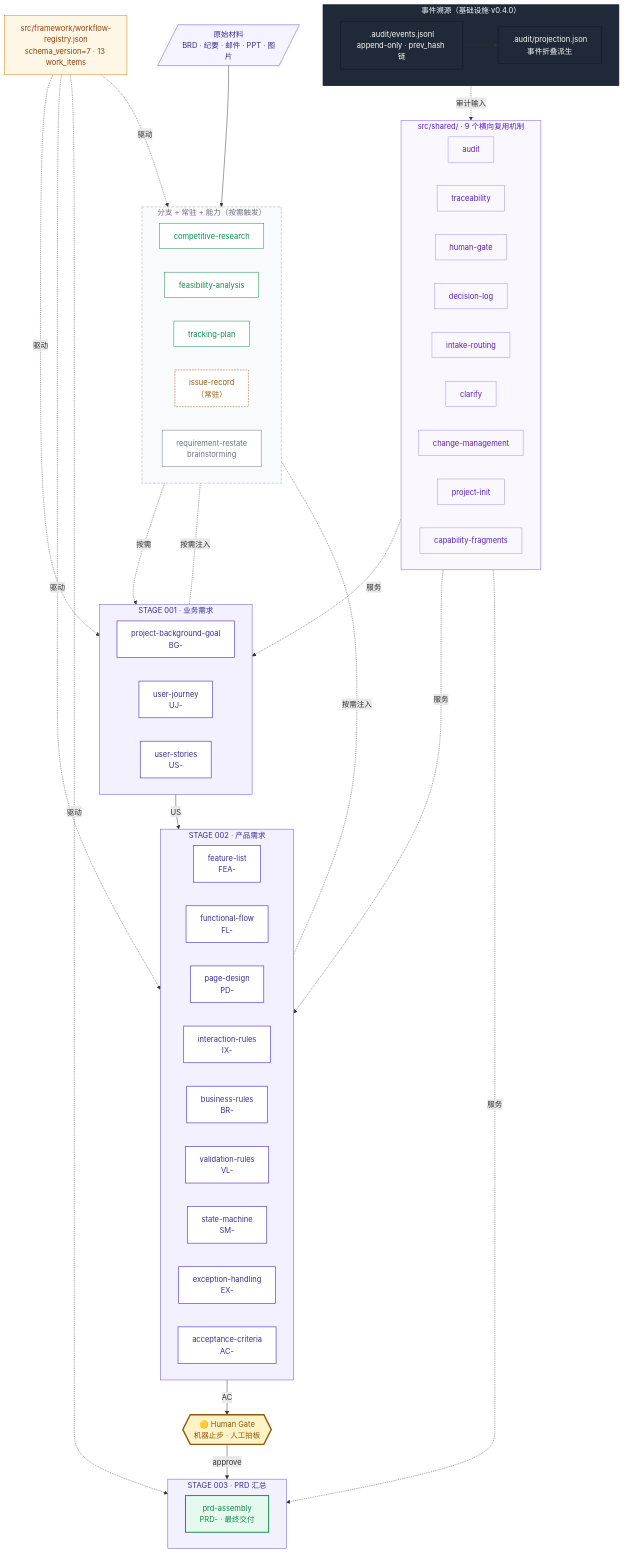
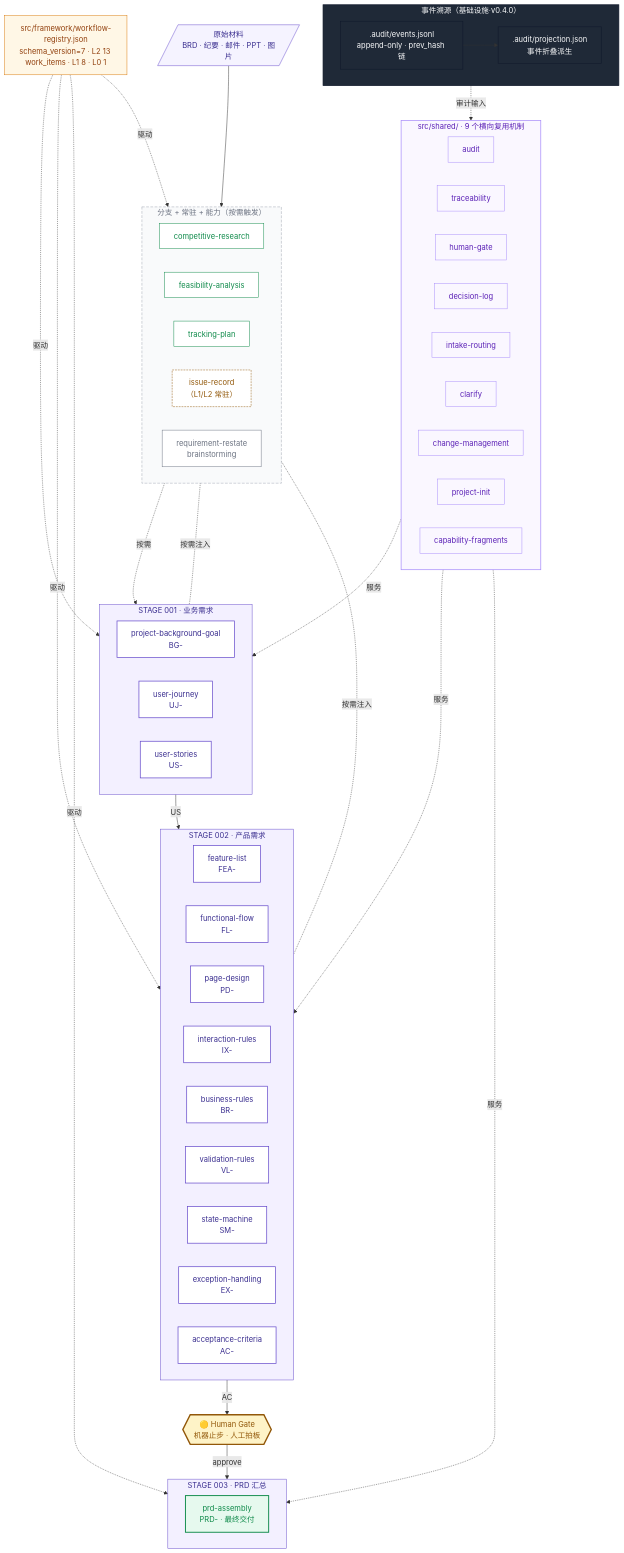
The first of 3 diagrams in README.md (konwait12/pm-scaffold), drawn with Mermaid before and after one commit. The commit also changed other lines of this file and 139 other files, not shown here.

```diff
--- a/README.md
+++ b/README.md
@@ -211,7 +215,7 @@
     IN[/"原始材料<br/>BRD · 纪要 · 邮件 · PPT · 图片"/]:::input
 
     %% 注册表（唯一真相源）
-    REG["src/framework/workflow-registry.json<br/>schema_version=7 · 13 work_items"]:::registry
+        REG["src/framework/workflow-registry.json<br/>schema_version=7 · L2 13 work_items · L1 8 · L0 1"]:::registry
 
     %% 三阶段 + 13 work_item
     subgraph S001["STAGE 001 · 业务需求"]
@@ -248,7 +252,7 @@
         CR["competitive-research"]:::branch
         FA["feasibility-analysis"]:::branch
         TP["tracking-plan"]:::branch
-        IR["issue-record<br/>（常驻）"]:::resident
+        IR["issue-record<br/>（L1/L2 常驻）"]:::resident
         RR["requirement-restate<br/>brainstorming"]:::cap
     end
 
```
